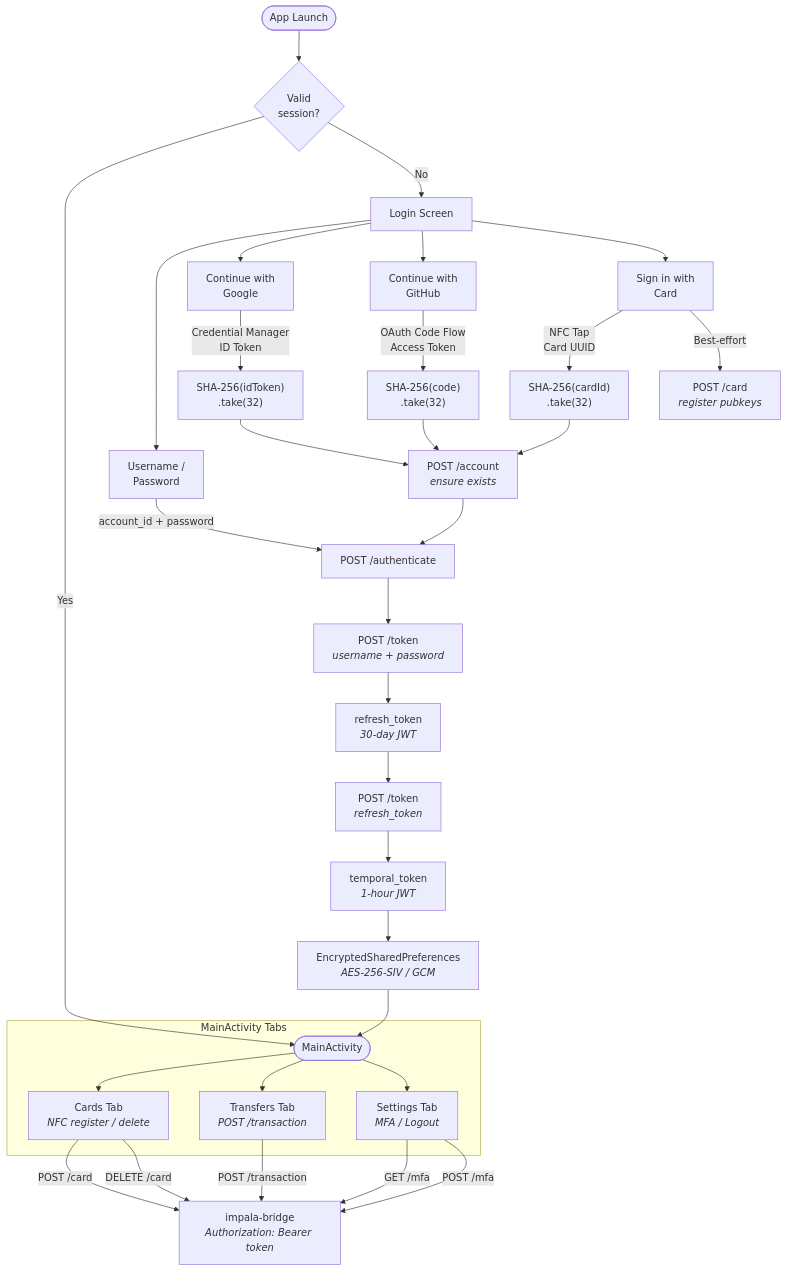
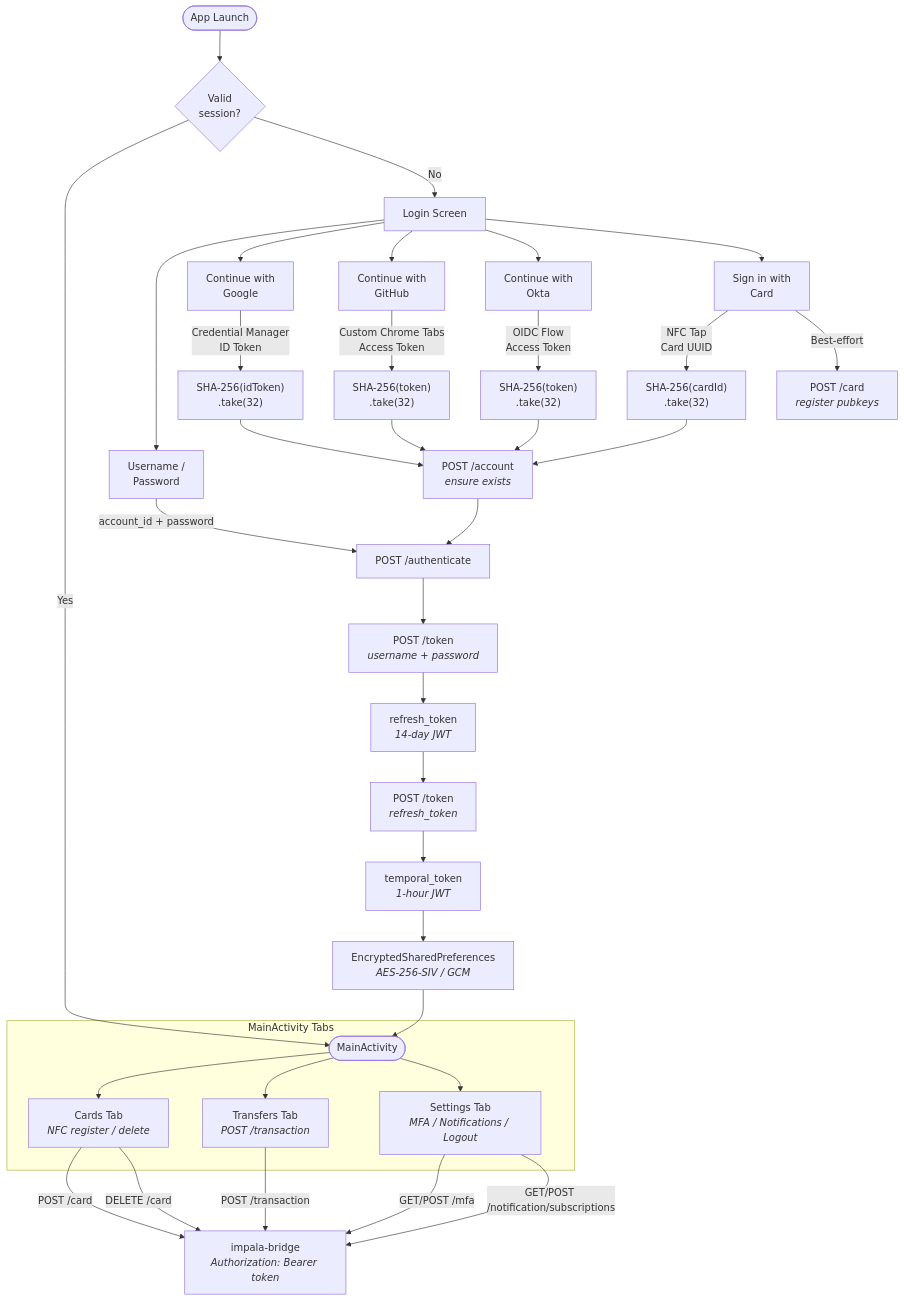
Before and after one commit to Financial-Empowerment-Partners/impala: the fifth of 11 diagrams in ARCHITECTURE.md, drawn with Mermaid. The commit also changed other lines of this file and 1 other file, not shown here.

````diff
--- a/ARCHITECTURE.md
+++ b/ARCHITECTURE.md
@@ -356,44 +418,47 @@
 ```mermaid
 flowchart TB
     Start(["App Launch"]) --> SessionCheck{"Valid<br/>session?"}
     SessionCheck -->|Yes| Main(["MainActivity"])
     SessionCheck -->|No| Login["Login Screen"]
 
     Login --> PW["Username /<br/>Password"]
     Login --> Google["Continue with<br/>Google"]
     Login --> GitHub["Continue with<br/>GitHub"]
+    Login --> Okta["Continue with<br/>Okta"]
     Login --> CardAuth["Sign in with<br/>Card"]
 
     PW -->|"account_id + password"| AuthFlow
     Google -->|"Credential Manager<br/>ID Token"| DeriveG["SHA-256(idToken)<br/>.take(32)"]
-    GitHub -->|"OAuth Code Flow<br/>Access Token"| DeriveH["SHA-256(code)<br/>.take(32)"]
+    GitHub -->|"Custom Chrome Tabs<br/>Access Token"| DeriveH["SHA-256(token)<br/>.take(32)"]
+    Okta -->|"OIDC Flow<br/>Access Token"| DeriveO["SHA-256(token)<br/>.take(32)"]
     CardAuth -->|"NFC Tap<br/>Card UUID"| DeriveC["SHA-256(cardId)<br/>.take(32)"]
 
     DeriveG --> EnsureAcct["POST /account<br/><i>ensure exists</i>"]
     DeriveH --> EnsureAcct
+    DeriveO --> EnsureAcct
     DeriveC --> EnsureAcct
     EnsureAcct --> AuthFlow
 
     AuthFlow["POST /authenticate"] --> TokenFlow["POST /token<br/><i>username + password</i>"]
-    TokenFlow --> RefreshTok["refresh_token<br/><i>30-day JWT</i>"]
+    TokenFlow --> RefreshTok["refresh_token<br/><i>14-day JWT</i>"]
     RefreshTok --> TemporalFlow["POST /token<br/><i>refresh_token</i>"]
     TemporalFlow --> TemporalTok["temporal_token<br/><i>1-hour JWT</i>"]
     TemporalTok --> Store["EncryptedSharedPreferences<br/><i>AES-256-SIV / GCM</i>"]
     Store --> Main
 
     CardAuth -->|"Best-effort"| RegCard["POST /card<br/><i>register pubkeys</i>"]
 
     subgraph MainApp["MainActivity Tabs"]
         Main --> Cards["Cards Tab<br/><i>NFC register / delete</i>"]
         Main --> Transfers["Transfers Tab<br/><i>POST /transaction</i>"]
-        Main --> Settings["Settings Tab<br/><i>MFA / Logout</i>"]
+        Main --> Settings["Settings Tab<br/><i>MFA / Notifications / Logout</i>"]
     end
 
     Cards -->|"POST /card"| BridgeAPI
     Cards -->|"DELETE /card"| BridgeAPI
     Transfers -->|"POST /transaction"| BridgeAPI
-    Settings -->|"GET /mfa"| BridgeAPI
-    Settings -->|"POST /mfa"| BridgeAPI
+    Settings -->|"GET/POST /mfa"| BridgeAPI
+    Settings -->|"GET/POST /notification/subscriptions"| BridgeAPI
 
     BridgeAPI["impala-bridge<br/><i>Authorization: Bearer token</i>"]
 ```
````
